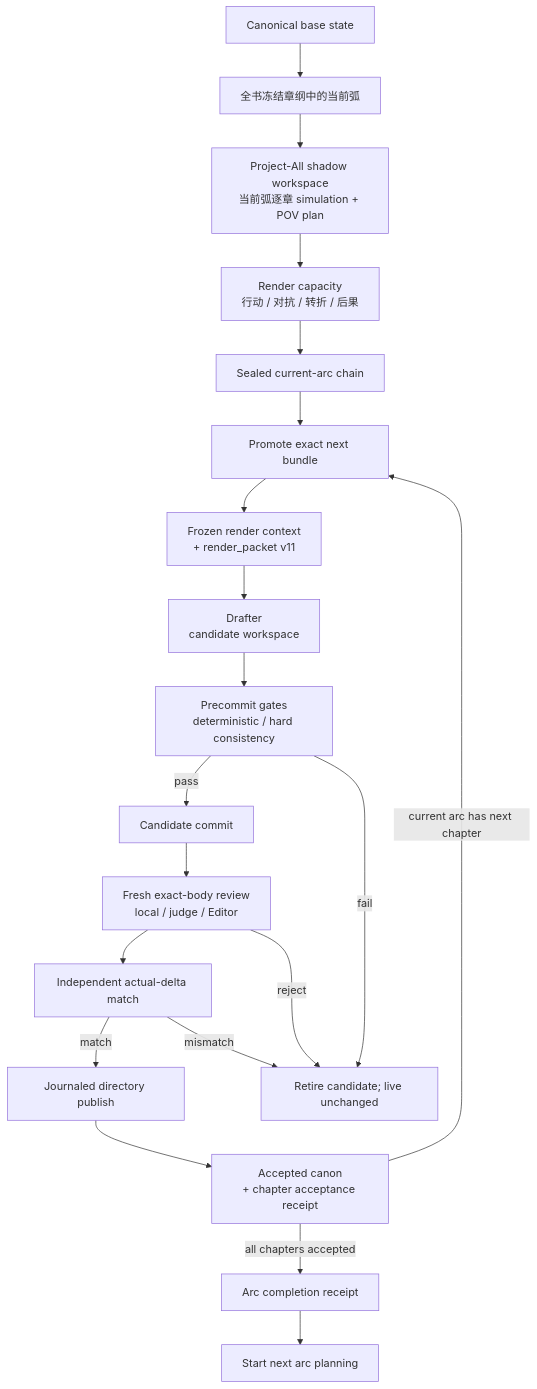
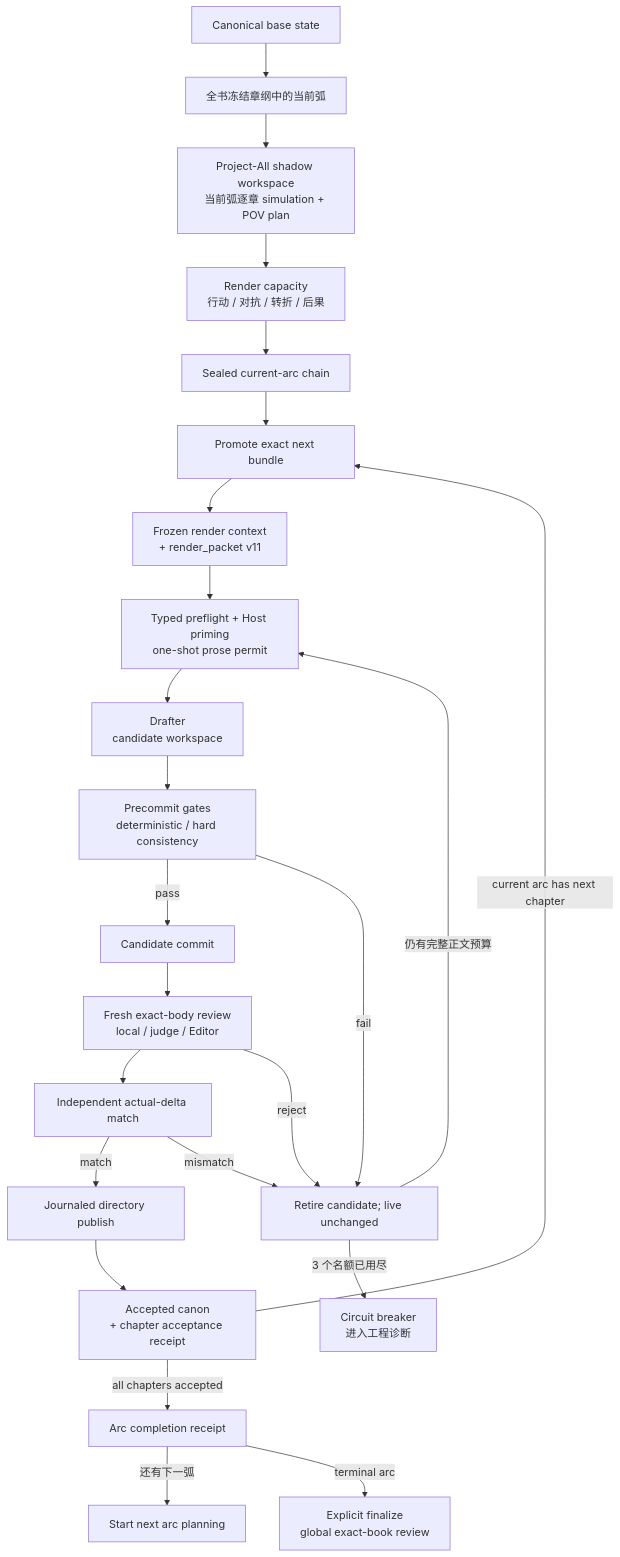
Before and after one commit to Xiaoyangy/novel-studio: the second of 2 diagrams in README.md, drawn with Mermaid. The commit also changed other lines of this file, not shown here.

````diff
--- a/README.md
+++ b/README.md
@@ -276,22 +309,26 @@
 ```mermaid
 flowchart TD
     S["Canonical base state"] --> BP["全书冻结章纲中的当前弧"]
     BP --> PA["Project-All shadow workspace<br/>当前弧逐章 simulation + POV plan"]
     PA --> RC["Render capacity<br/>行动 / 对抗 / 转折 / 后果"]
     RC --> SC["Sealed current-arc chain"]
     SC --> PR["Promote exact next bundle"]
     PR --> RP["Frozen render context<br/>+ render_packet v11"]
-    RP --> DR["Drafter<br/>candidate workspace"]
+    RP --> PF["Typed preflight + Host priming<br/>one-shot prose permit"]
+    PF --> DR["Drafter<br/>candidate workspace"]
     DR --> PQ["Precommit gates<br/>deterministic / hard consistency"]
     PQ -->|pass| CM["Candidate commit"]
     CM --> QA["Fresh exact-body review<br/>local / judge / Editor"]
     QA --> AM["Independent actual-delta match"]
     AM -->|match| TX["Journaled directory publish"]
     TX --> AC["Accepted canon<br/>+ chapter acceptance receipt"]
     AC -->|current arc has next chapter| PR
     AC -->|all chapters accepted| ARC["Arc completion receipt"]
-    ARC --> NEXT["Start next arc planning"]
+    ARC -->|还有下一弧| NEXT["Start next arc planning"]
+    ARC -->|terminal arc| FI["Explicit finalize<br/>global exact-book review"]
     PQ -->|fail| RJ["Retire candidate; live unchanged"]
     QA -->|reject| RJ
     AM -->|mismatch| RJ
+    RJ -->|仍有完整正文预算| PF
+    RJ -->|3 个名额已用尽| CB["Circuit breaker<br/>进入工程诊断"]
 ```
````
